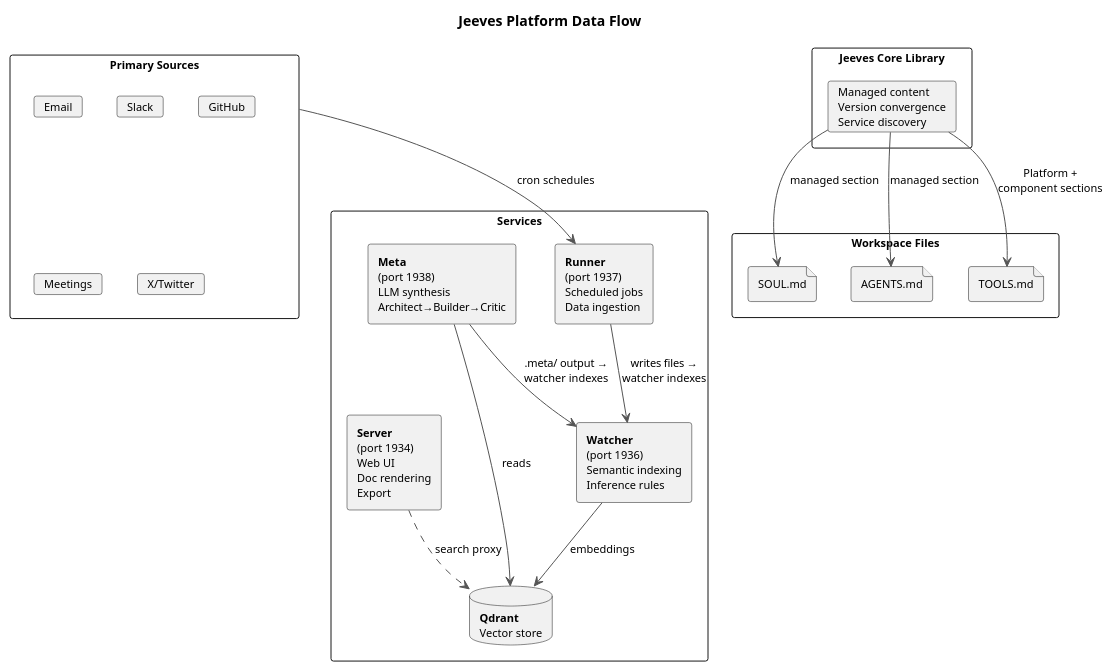
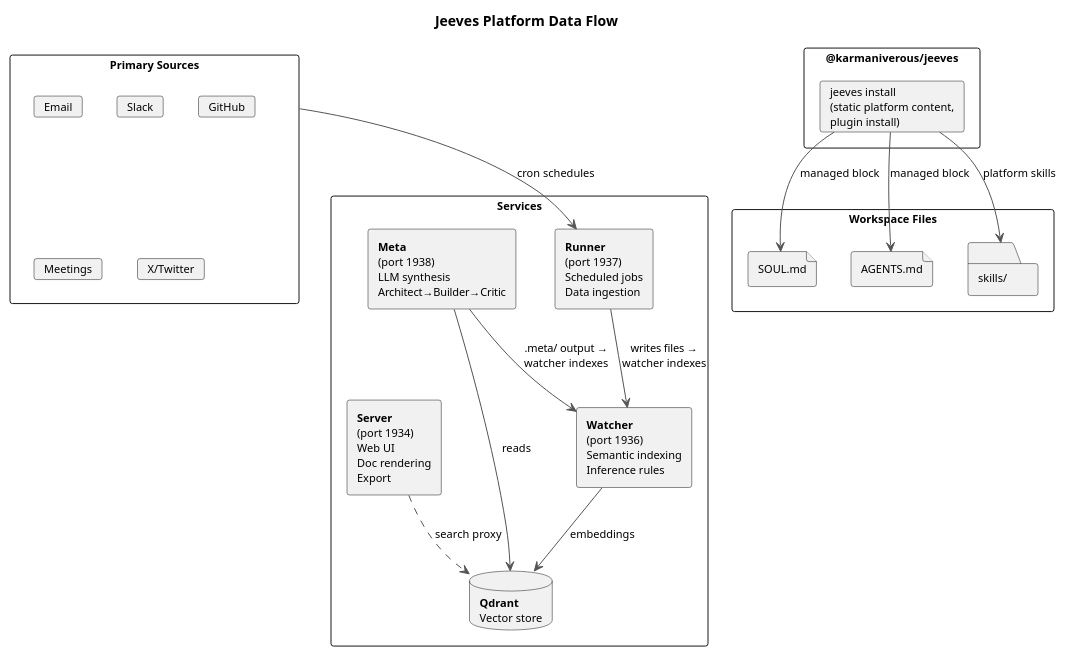
One commit to karmaniverous/jeeves changed the diagram in diagrams/src/platform-data-flow.pu. Above: the diagram before and after it, drawn with PlantUML. The commit also changed 12 other files, not shown here.

Commit message:
[108] docs: sync README, guides, skill, diagram sources and TSDoc with #109 code

```diff
--- a/diagrams/src/platform-data-flow.pu
+++ b/diagrams/src/platform-data-flow.pu
@@ -1,46 +1,46 @@
 @startuml platform-data-flow
 skinparam componentStyle rectangle
 skinparam shadowing false
 skinparam defaultFontSize 11
 skinparam backgroundColor white
 skinparam ArrowColor #555555
 
 title Jeeves Platform Data Flow
 
 rectangle "Primary Sources" as sources {
   card "Email" as email
   card "Slack" as slack
   card "GitHub" as github
   card "Meetings" as meetings
   card "X/Twitter" as x
 }
 
 rectangle "Services" as services {
   component "**Runner**\n(port 1937)\nScheduled jobs\nData ingestion" as runner
   component "**Watcher**\n(port 1936)\nSemantic indexing\nInference rules" as watcher
   database "**Qdrant**\nVector store" as qdrant
   component "**Meta**\n(port 1938)\nLLM synthesis\nArchitect→Builder→Critic" as meta
   component "**Server**\n(port 1934)\nWeb UI\nDoc rendering\nExport" as server
 }
 
 rectangle "Workspace Files" as workspace {
   file "SOUL.md" as soul
   file "AGENTS.md" as agents
-  file "TOOLS.md" as tools
+  folder "skills/" as skills
 }
 
-rectangle "Jeeves Core Library" as core {
-  card "Managed content\nVersion convergence\nService discovery" as lib
+rectangle "@karmaniverous/jeeves" as core {
+  card "jeeves install\n(static platform content,\nplugin install)" as lib
 }
 
 sources --> runner : cron schedules
 runner --> watcher : writes files →\nwatcher indexes
 watcher --> qdrant : embeddings
 meta --> qdrant : reads
 meta --> watcher : ".meta/ output →\nwatcher indexes"
 server ..> qdrant : search proxy
-lib --> soul : managed section
-lib --> agents : managed section
-lib --> tools : Platform +\ncomponent sections
+lib --> soul : managed block
+lib --> agents : managed block
+lib --> skills : platform skills
 
 @enduml
```
